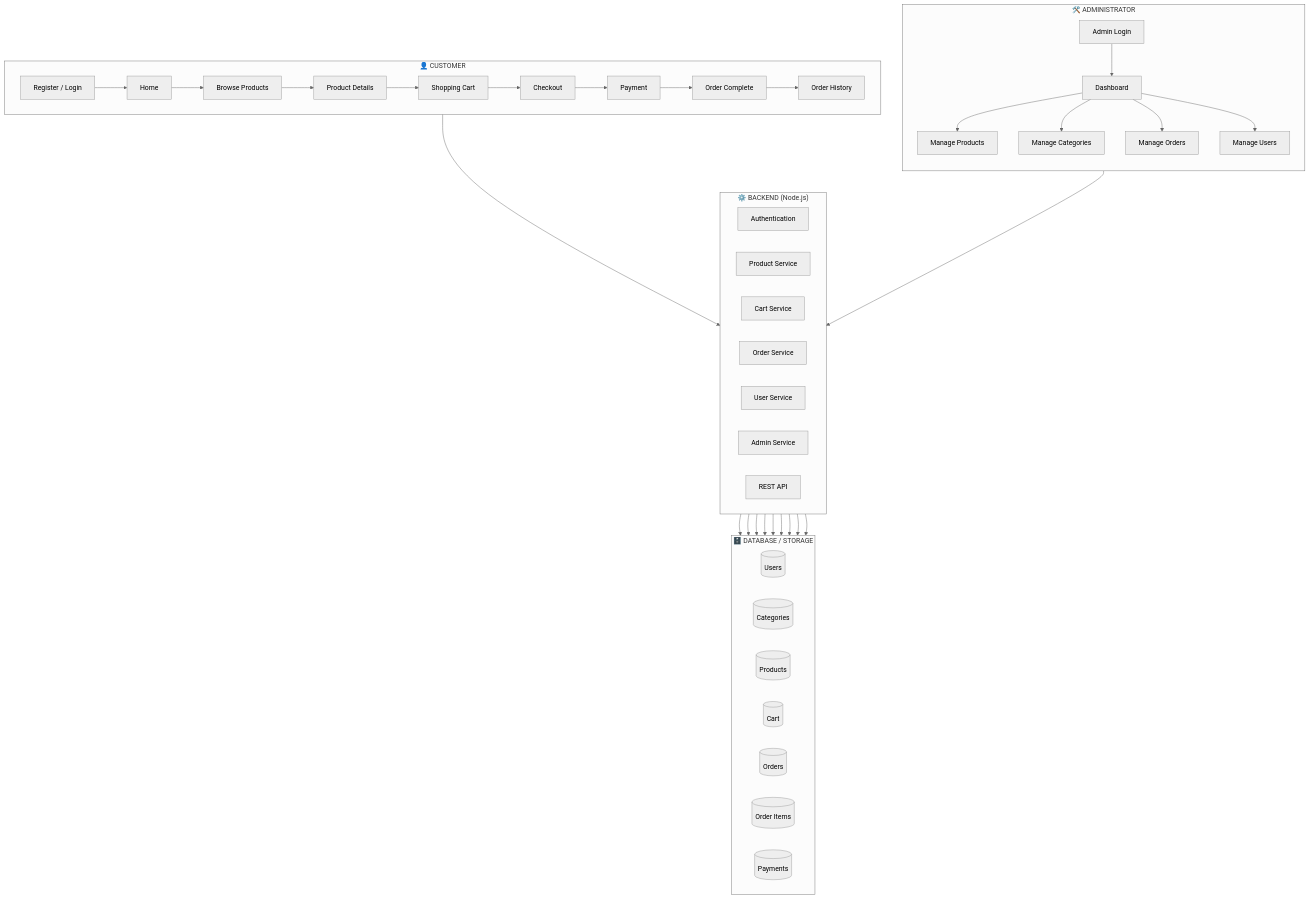
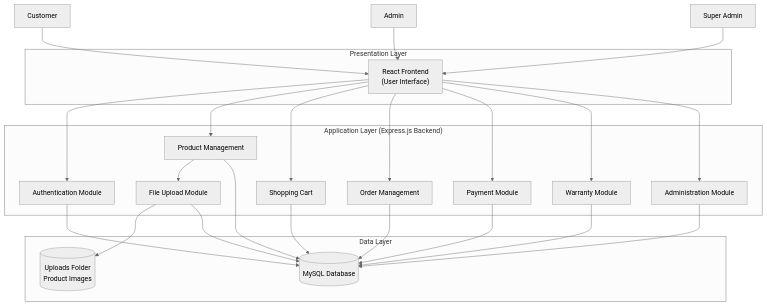
The first of 3 diagrams in README.md (Best-Boun/workshop), drawn with Mermaid (neutral theme) before and after one commit. The commit also changed other lines of this file and 1 other file, not shown here.

````diff
--- a/README.md
+++ b/README.md
@@ -90,88 +94,84 @@
 ```mermaid
 flowchart TB
 
-%% =========================
-%% CUSTOMER
-%% =========================
-subgraph CUSTOMER["👤 CUSTOMER"]
-direction LR
-A[Register / Login]
-B[Home]
-C[Browse Products]
-D[Product Details]
-E[Shopping Cart]
-F[Checkout]
-G[Payment]
-H[Order Complete]
-I[Order History]
+%% ======================================
+%% Users
+%% ======================================
 
-A --> B --> C --> D --> E --> F --> G --> H --> I
+Customer[Customer]
+Admin[Admin]
+SuperAdmin[Super Admin]
+
+%% ======================================
+%% Presentation Layer
+%% ======================================
+
+subgraph Presentation["Presentation Layer"]
+Frontend["React Frontend<br/>(User Interface)"]
 end
 
-%% =========================
-%% ADMIN
-%% =========================
-subgraph ADMIN["🛠️ ADMINISTRATOR"]
-direction TB
+%% ======================================
+%% Application Layer
+%% ======================================
 
-AA[Admin Login]
-AB[Dashboard]
+subgraph Application["Application Layer (Express.js Backend)"]
 
-AA --> AB
+Auth["Authentication Module"]
 
-AB --> AC[Manage Products]
-AB --> AD[Manage Categories]
-AB --> AE[Manage Orders]
-AB --> AF[Manage Users]
+Product["Product Management"]
+
+Cart["Shopping Cart"]
+
+Order["Order Management"]
+
+Payment["Payment Module"]
+
+Warranty["Warranty Module"]
+
+AdminModule["Administration Module"]
+
+Upload["File Upload Module"]
 
 end
 
-%% =========================
-%% BACKEND
-%% =========================
-subgraph BACKEND["⚙️ BACKEND (Node.js)"]
-direction LR
+%% ======================================
+%% Data Layer
+%% ======================================
 
-BA[Authentication]
-BB[Product Service]
-BC[Cart Service]
-BD[Order Service]
-BE[User Service]
-BF[Admin Service]
-BG[REST API]
+subgraph Data["Data Layer"]
+
+Database[("MySQL Database")]
+
+Storage[("Uploads Folder<br/>Product Images")]
 
 end
 
-%% =========================
-%% DATABASE
-%% =========================
-subgraph DATABASE["🗄️ DATABASE / STORAGE"]
-direction LR
+%% ======================================
+%% Connections
+%% ======================================
 
-DA[(Users)]
-DB[(Categories)]
-DC[(Products)]
-DD[(Cart)]
-DE[(Orders)]
-DF[(Order Items)]
-DG[(Payments)]
+Customer --> Frontend
+Admin --> Frontend
+SuperAdmin --> Frontend
 
-end
+Frontend --> Auth
+Frontend --> Product
+Frontend --> Cart
+Frontend --> Order
+Frontend --> Payment
+Frontend --> Warranty
+Frontend --> AdminModule
 
-%% =========================
-%% CONNECTIONS
-%% =========================
+Product --> Upload
 
-CUSTOMER --> BACKEND
-ADMIN --> BACKEND
+Auth --> Database
+Product --> Database
+Cart --> Database
+Order --> Database
+Payment --> Database
+Warranty --> Database
+AdminModule --> Database
 
-BA --> DA
-BB --> DB
-BB --> DC
-BC --> DD
-BD --> DE
-BD --> DF
-BD --> DG
-BE --> DA
-BF --> DA
+Upload --> Storage
+Upload --> Database
 ```
````
